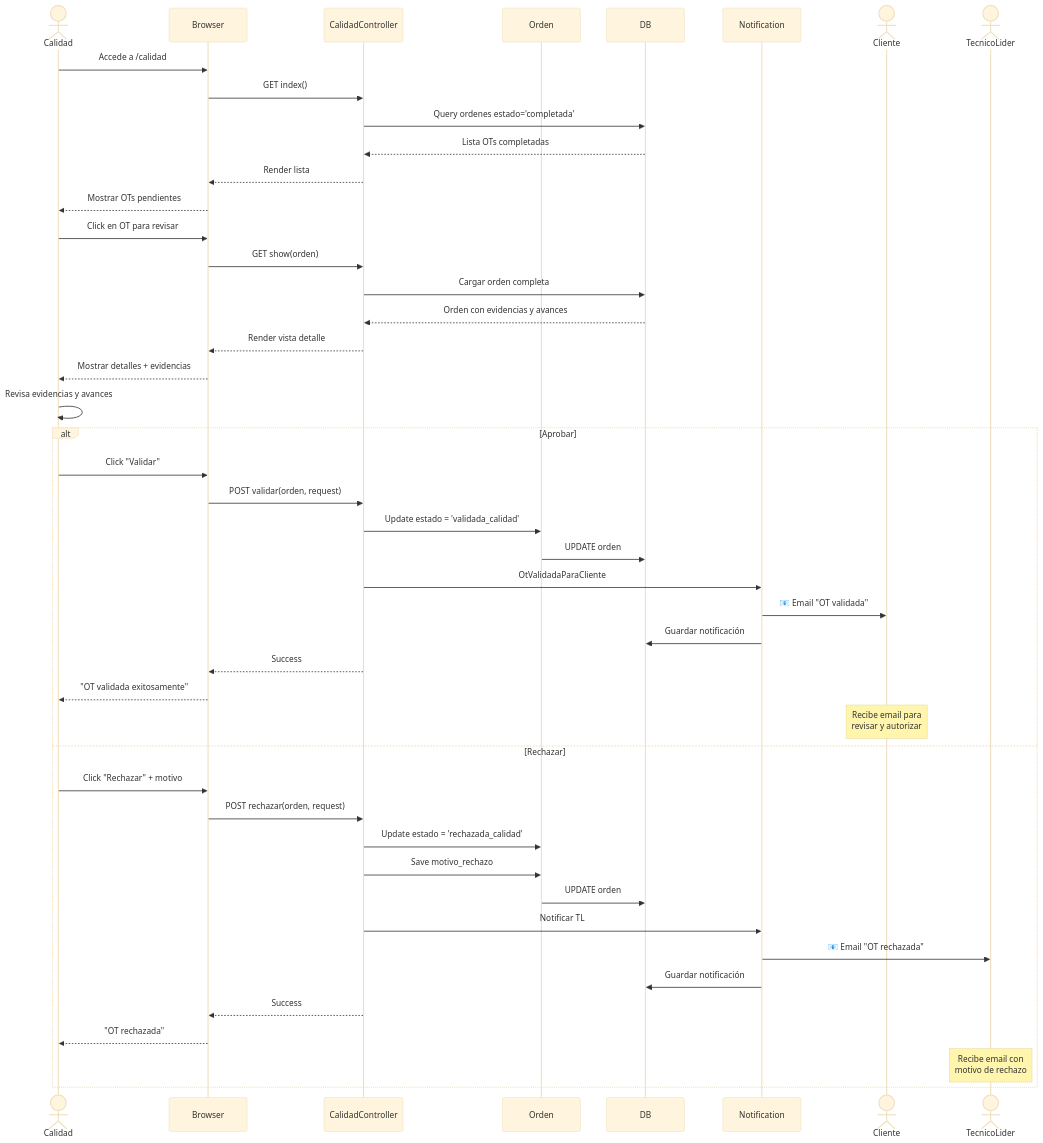
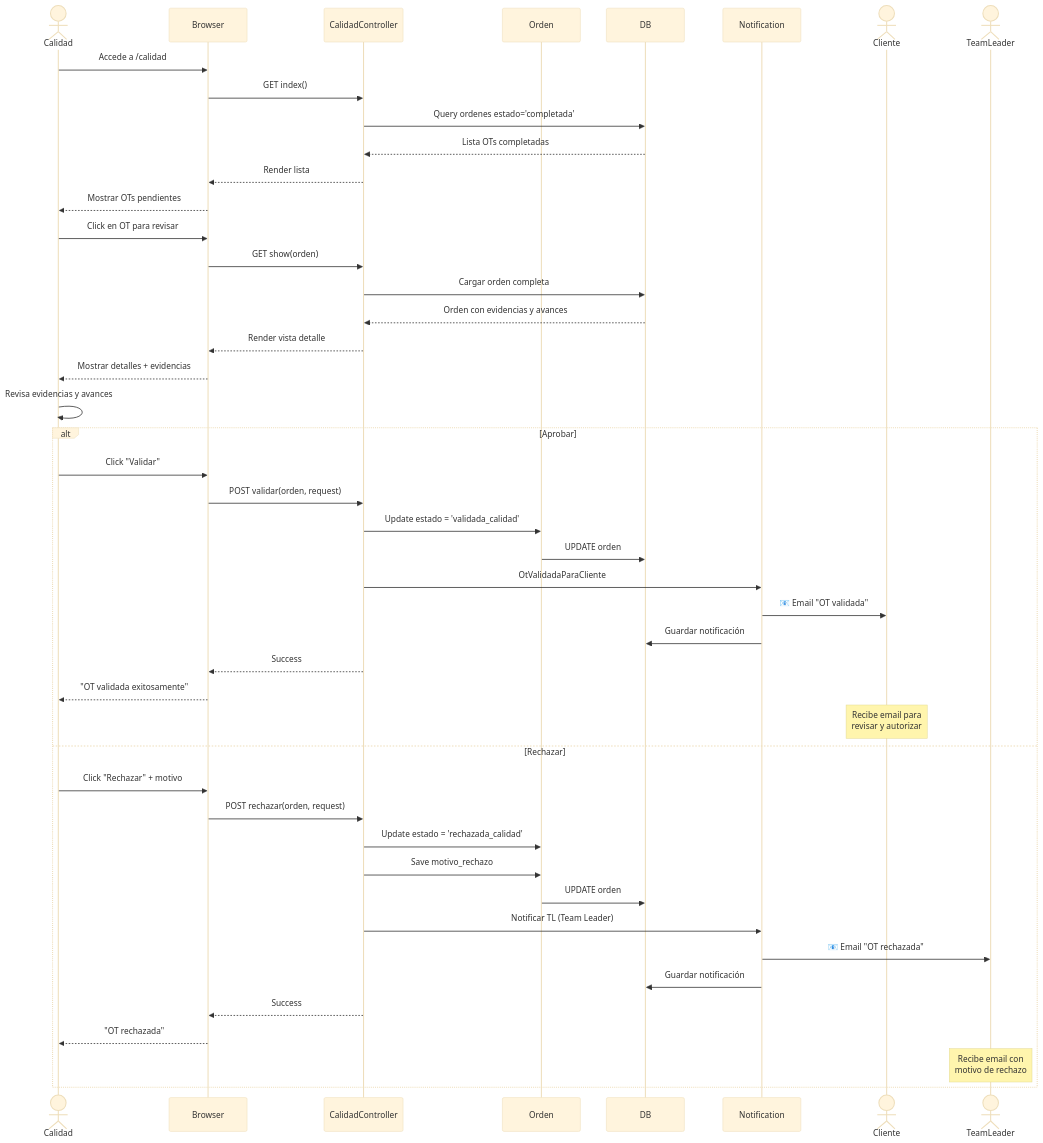
One commit to ABFORTI/UPPER_CONTROL changed the fourth of 12 diagrams in DIAGRAMAS_SECUENCIA.md. Above: the diagram before and after it, drawn with Mermaid (base theme). The commit also changed other lines of this file and 6 other files, not shown here.

Commit message:
docs: actualizar terminología a Team Leader y simplificar flujo de facturación

````diff
--- a/DIAGRAMAS_SECUENCIA.md
+++ b/DIAGRAMAS_SECUENCIA.md
@@ -198,60 +198,60 @@
 ```mermaid
 sequenceDiagram
     actor Calidad
     participant Browser
     participant CalidadController
     participant Orden
     participant DB
     participant Notification
     actor Cliente
-    actor TecnicoLider
+    actor TeamLeader
 
     Calidad->>Browser: Accede a /calidad
     Browser->>CalidadController: GET index()
     CalidadController->>DB: Query ordenes estado='completada'
     DB-->>CalidadController: Lista OTs completadas
     CalidadController-->>Browser: Render lista
     Browser-->>Calidad: Mostrar OTs pendientes
     
     Calidad->>Browser: Click en OT para revisar
     Browser->>CalidadController: GET show(orden)
     CalidadController->>DB: Cargar orden completa
     DB-->>CalidadController: Orden con evidencias y avances
     CalidadController-->>Browser: Render vista detalle
     Browser-->>Calidad: Mostrar detalles + evidencias
     
     Calidad->>Calidad: Revisa evidencias y avances
     
     alt Aprobar
         Calidad->>Browser: Click "Validar"
         Browser->>CalidadController: POST validar(orden, request)
         
         CalidadController->>Orden: Update estado = 'validada_calidad'
         Orden->>DB: UPDATE orden
         
         CalidadController->>Notification: OtValidadaParaCliente
         Notification->>Cliente: 📧 Email "OT validada"
         Notification->>DB: Guardar notificación
         
         CalidadController-->>Browser: Success
         Browser-->>Calidad: "OT validada exitosamente"
         
         Note over Cliente: Recibe email para<br/>revisar y autorizar
     else Rechazar
         Calidad->>Browser: Click "Rechazar" + motivo
         Browser->>CalidadController: POST rechazar(orden, request)
         
         CalidadController->>Orden: Update estado = 'rechazada_calidad'
         CalidadController->>Orden: Save motivo_rechazo
         Orden->>DB: UPDATE orden
         
-        CalidadController->>Notification: Notificar TL
-        Notification->>TecnicoLider: 📧 Email "OT rechazada"
+        CalidadController->>Notification: Notificar TL (Team Leader)
+        Notification->>TeamLeader: 📧 Email "OT rechazada"
         Notification->>DB: Guardar notificación
         
         CalidadController-->>Browser: Success
         Browser-->>Calidad: "OT rechazada"
         
-        Note over TecnicoLider: Recibe email con<br/>motivo de rechazo
+        Note over TeamLeader: Recibe email con<br/>motivo de rechazo
     end
 ```
````
